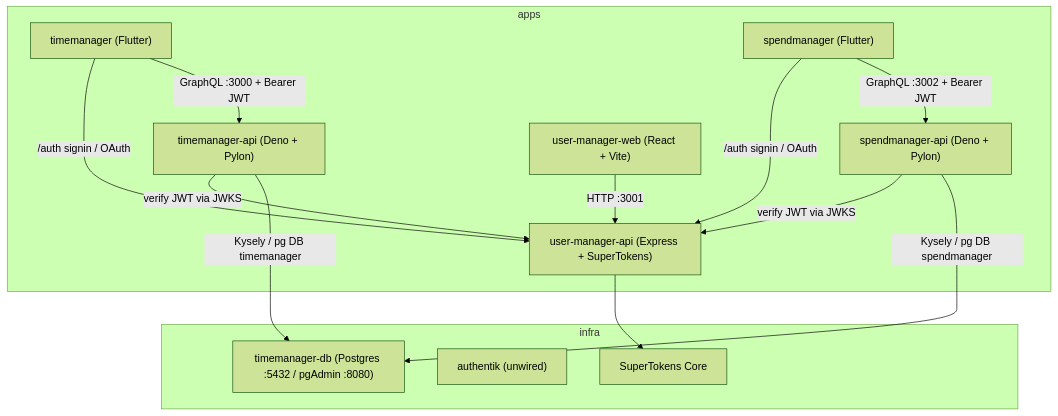
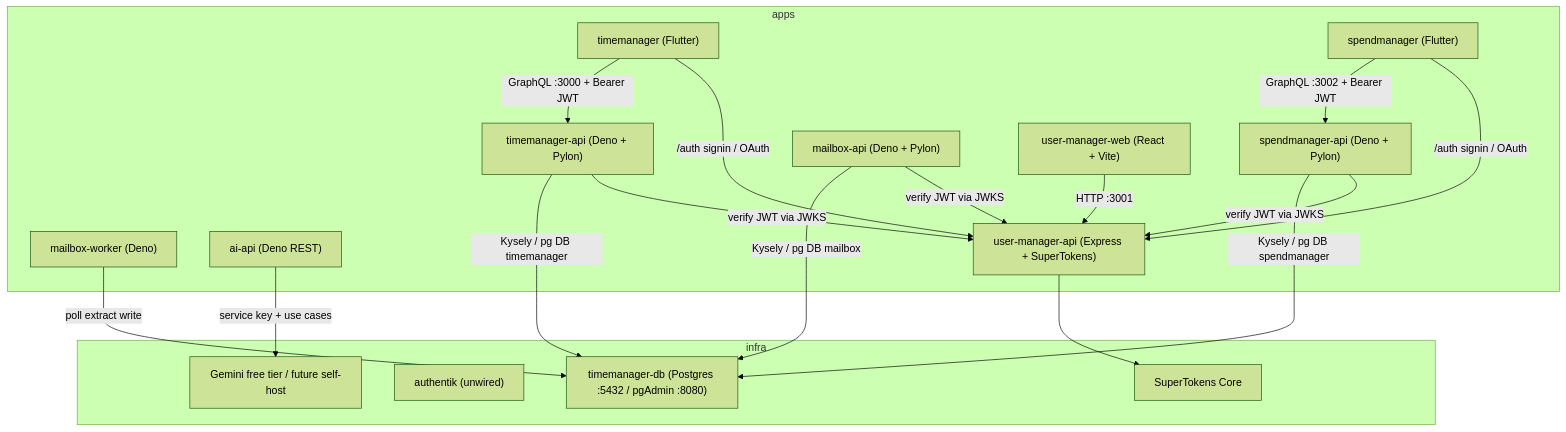
The diagram in .ai/architecture.md (DanEscamilla/timemanager), drawn with Mermaid (forest theme) before and after one commit. The commit also changed other lines of this file and 207 other files, not shown here.

````diff
--- a/.ai/architecture.md
+++ b/.ai/architecture.md
@@ -7,26 +7,34 @@
 ```mermaid
 flowchart TB
   subgraph apps [apps]
     TM["timemanager (Flutter)"]
     TMA["timemanager-api (Deno + Pylon)"]
     SM["spendmanager (Flutter)"]
     SMA["spendmanager-api (Deno + Pylon)"]
+    MBA["mailbox-api (Deno + Pylon)"]
+    MBW["mailbox-worker (Deno)"]
+    AIA["ai-api (Deno REST)"]
     UMW["user-manager-web (React + Vite)"]
     UMA["user-manager-api (Express + SuperTokens)"]
   end
   subgraph infra [infra]
     DB["timemanager-db (Postgres :5432 / pgAdmin :8080)"]
     AUTH["authentik (unwired)"]
     STC["SuperTokens Core"]
+    GEM["Gemini free tier / future self-host"]
   end
   TM -->|"/auth signin / OAuth"| UMA
   TM -->|"GraphQL :3000 + Bearer JWT"| TMA
   TMA -->|"verify JWT via JWKS"| UMA
   TMA -->|"Kysely / pg DB timemanager"| DB
   SM -->|"/auth signin / OAuth"| UMA
   SM -->|"GraphQL :3002 + Bearer JWT"| SMA
   SMA -->|"verify JWT via JWKS"| UMA
   SMA -->|"Kysely / pg DB spendmanager"| DB
+  MBA -->|"verify JWT via JWKS"| UMA
+  MBA -->|"Kysely / pg DB mailbox"| DB
+  MBW -->|"poll extract write"| DB
+  AIA -->|"service key + use cases"| GEM
   UMW -->|"HTTP :3001"| UMA
   UMA --> STC
 ```
````
